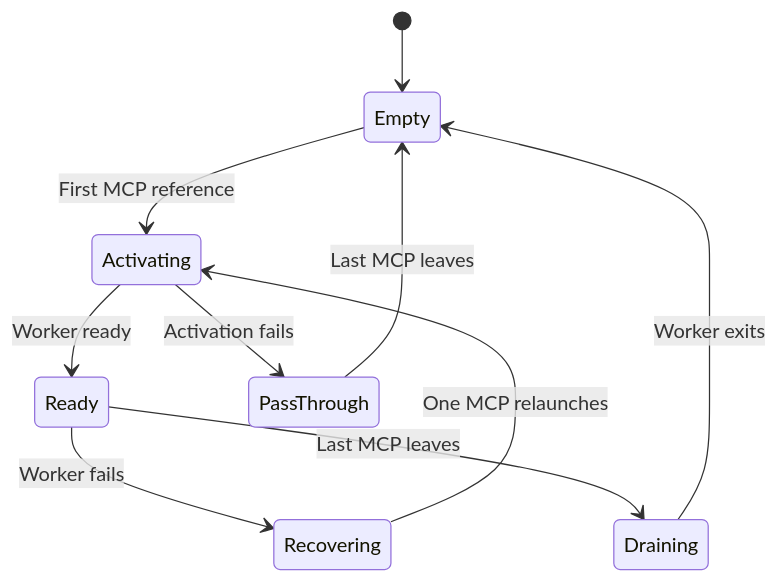
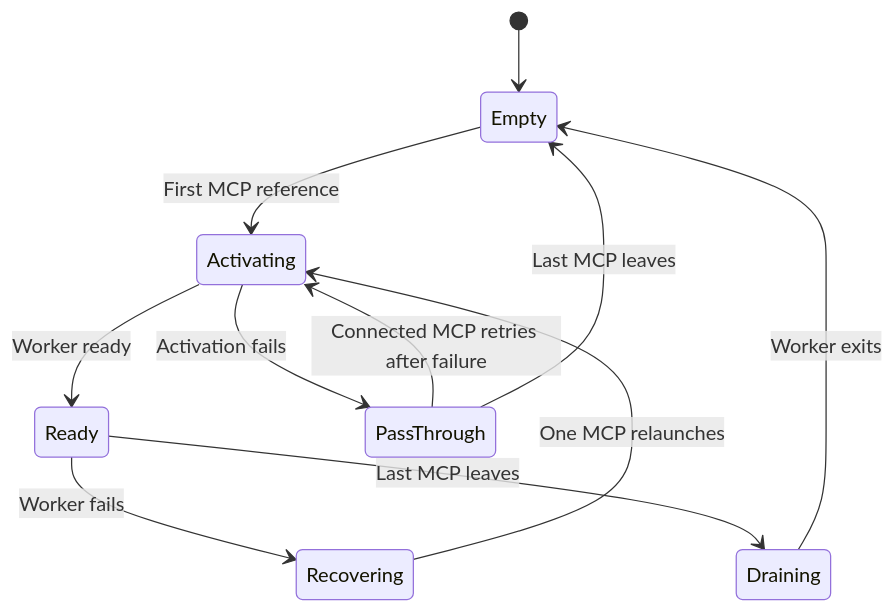
The fourth of 4 diagrams in fern/pages-dev/daemon/architecture.mdx (mnajafian-nv/NeMo-Relay), drawn with Mermaid before and after one commit. The commit also changed other lines of this file and 694 other files, not shown here.

````diff
--- a/fern/pages-dev/daemon/architecture.mdx
+++ b/fern/pages-dev/daemon/architecture.mdx
@@ -147,12 +164,13 @@
 ```mermaid
 stateDiagram-v2
     [*] --> Empty
     Empty --> Activating: First MCP reference
     Activating --> Ready: Worker ready
     Activating --> PassThrough: Activation fails
     Ready --> Recovering: Worker fails
     Recovering --> Activating: One MCP relaunches
     Ready --> Draining: Last MCP leaves
+    PassThrough --> Activating: Connected MCP retries after failure
     PassThrough --> Empty: Last MCP leaves
     Draining --> Empty: Worker exits
 ```
````
